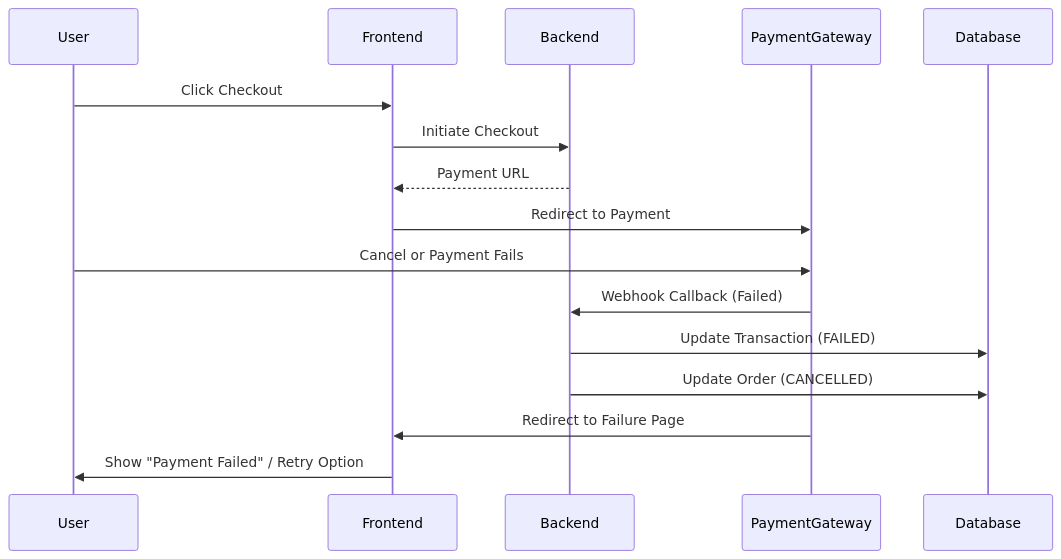
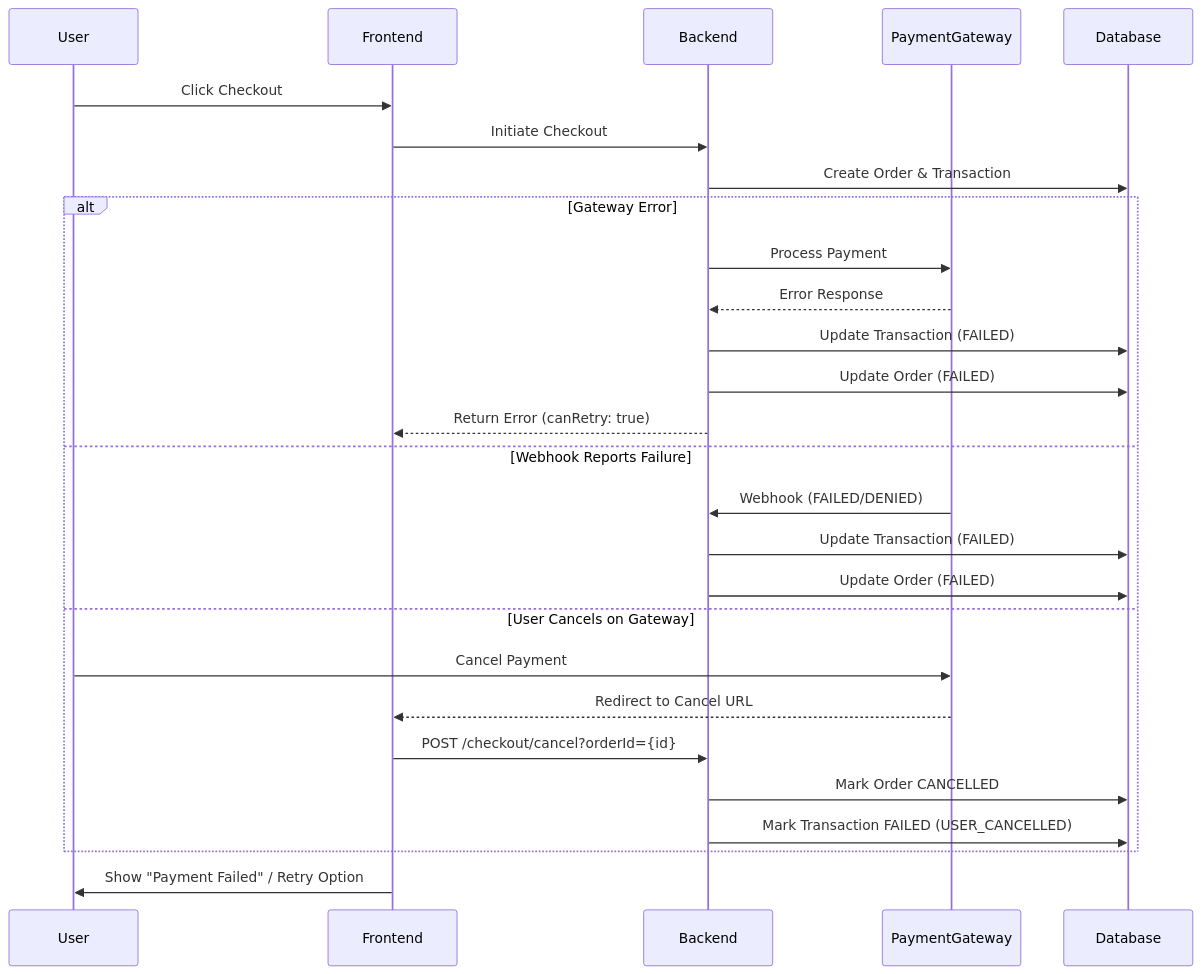
Before and after one commit to HuuLocFIT/EduMind: the sixth of 13 diagrams in docs/workflows/payment_workflows.md, drawn with Mermaid. The commit also changed other lines of this file, not shown here.

Commit message:
Enhance payment workflows documentation to include detailed descriptions of PayPal and SePay checkout flows, including sequence diagrams, currency conversion details, and webhook handling for payment confirmations.

````diff
--- a/docs/workflows/payment_workflows.md
+++ b/docs/workflows/payment_workflows.md
@@ -30,18 +208,32 @@
 ```mermaid
 sequenceDiagram
     participant User
     participant Frontend
     participant Backend
     participant PaymentGateway
+    participant Database
 
     User->>Frontend: Click Checkout
     Frontend->>Backend: Initiate Checkout
-    Backend-->>Frontend: Payment URL
-    Frontend->>PaymentGateway: Redirect to Payment
-    User->>PaymentGateway: Cancel or Payment Fails
-    PaymentGateway->>Backend: Webhook Callback (Failed)
-    Backend->>Database: Update Transaction (FAILED)
-    Backend->>Database: Update Order (CANCELLED)
-    PaymentGateway->>Frontend: Redirect to Failure Page
+    Backend->>Database: Create Order & Transaction
+
+    alt Gateway Error
+        Backend->>PaymentGateway: Process Payment
+        PaymentGateway-->>Backend: Error Response
+        Backend->>Database: Update Transaction (FAILED)
+        Backend->>Database: Update Order (FAILED)
+        Backend-->>Frontend: Return Error (canRetry: true)
+    else Webhook Reports Failure
+        PaymentGateway->>Backend: Webhook (FAILED/DENIED)
+        Backend->>Database: Update Transaction (FAILED)
+        Backend->>Database: Update Order (FAILED)
+    else User Cancels on Gateway
+        User->>PaymentGateway: Cancel Payment
+        PaymentGateway-->>Frontend: Redirect to Cancel URL
+        Frontend->>Backend: POST /checkout/cancel?orderId={id}
+        Backend->>Database: Mark Order CANCELLED
+        Backend->>Database: Mark Transaction FAILED (USER_CANCELLED)
+    end
+
     Frontend->>User: Show "Payment Failed" / Retry Option
 ```
````
